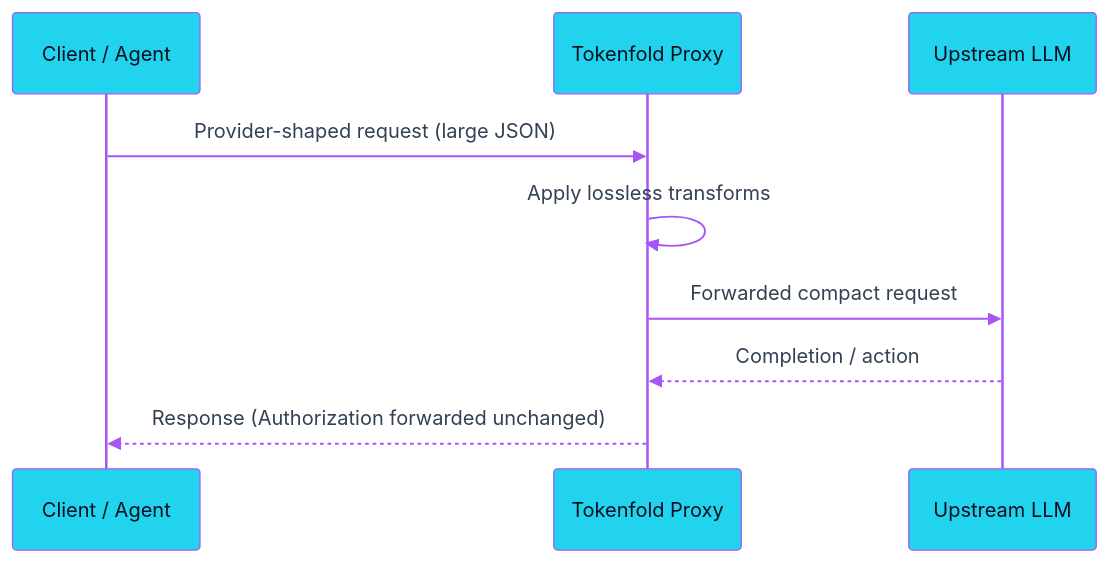
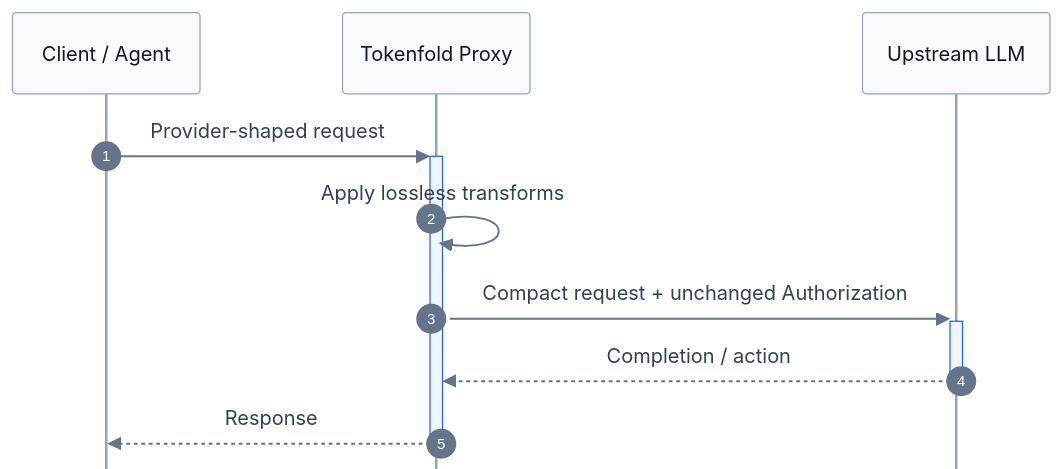
The second of 2 diagrams in README.md (snchimata/tokenfold), drawn with Mermaid before and after one commit. The commit also changed other lines of this file and 4 other files, not shown here.

````diff
--- a/README.md
+++ b/README.md
@@ -155,12 +231,15 @@
 ```mermaid
-%%{init: {"theme": "base", "themeVariables": {"primaryColor": "#22D3EE", "primaryTextColor": "#0b1020", "primaryBorderColor": "#A855F7", "lineColor": "#A855F7", "actorBkg": "#22D3EE", "actorTextColor": "#0b1020", "actorBorder": "#A855F7", "signalColor": "#A855F7", "signalTextColor": "#334155", "fontFamily": "ui-sans-serif, system-ui, sans-serif"}}}%%
+%%{init: {"theme": "base", "themeVariables": {"fontFamily": "Arial", "fontSize": "15px", "actorBkg": "#f8fafc", "actorTextColor": "#0f172a", "actorBorder": "#94a3b8", "actorLineColor": "#94a3b8", "signalColor": "#64748b", "signalTextColor": "#334155", "activationBkgColor": "#eff6ff", "activationBorderColor": "#2563eb", "sequenceNumberColor": "#ffffff"}, "sequence": {"mirrorActors": false, "actorMargin": 56, "messageMargin": 36}}}%%
 sequenceDiagram
+    accTitle: Proxy request and response lifecycle
+    accDescr: The client sends a provider-shaped request to Tokenfold Proxy, which applies lossless transforms and forwards the compact request with Authorization unchanged. The upstream response returns through the proxy.
+    autonumber
     participant C as Client / Agent
     participant P as Tokenfold Proxy
     participant U as Upstream LLM
-    C->>P: Provider-shaped request (large JSON)
+    C->>+P: Provider-shaped request
     P->>P: Apply lossless transforms
-    P->>U: Forwarded compact request
-    U-->>P: Completion / action
-    P-->>C: Response (Authorization forwarded unchanged)
+    P->>+U: Compact request + unchanged Authorization
+    U-->>-P: Completion / action
+    P-->>-C: Response
 ```
````
